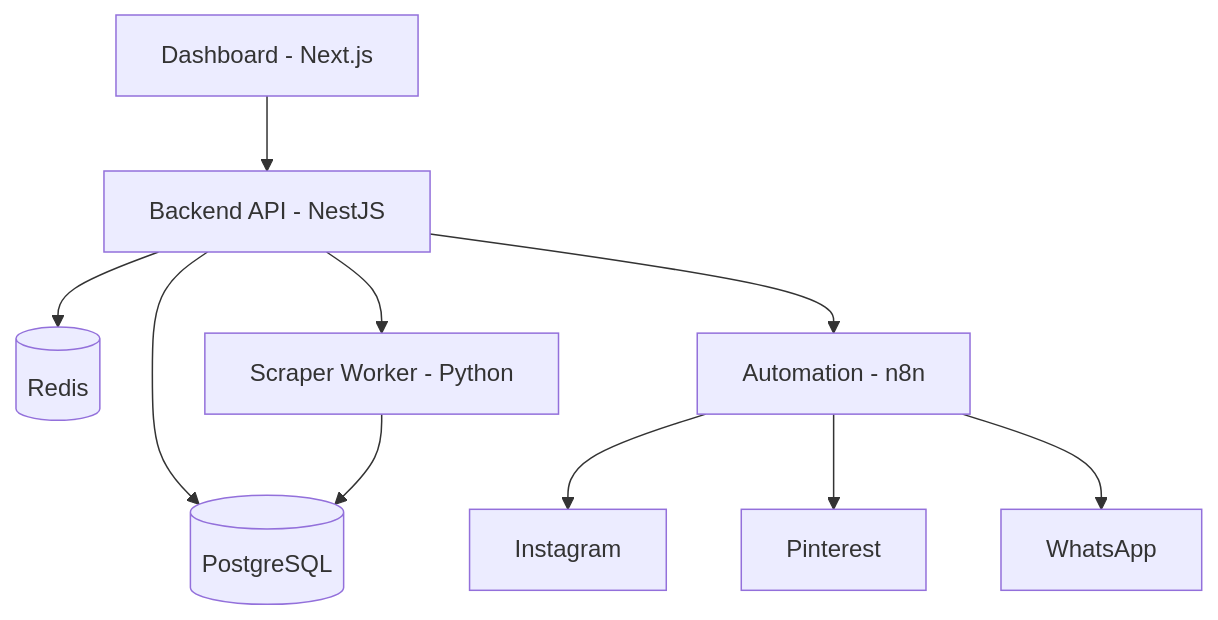
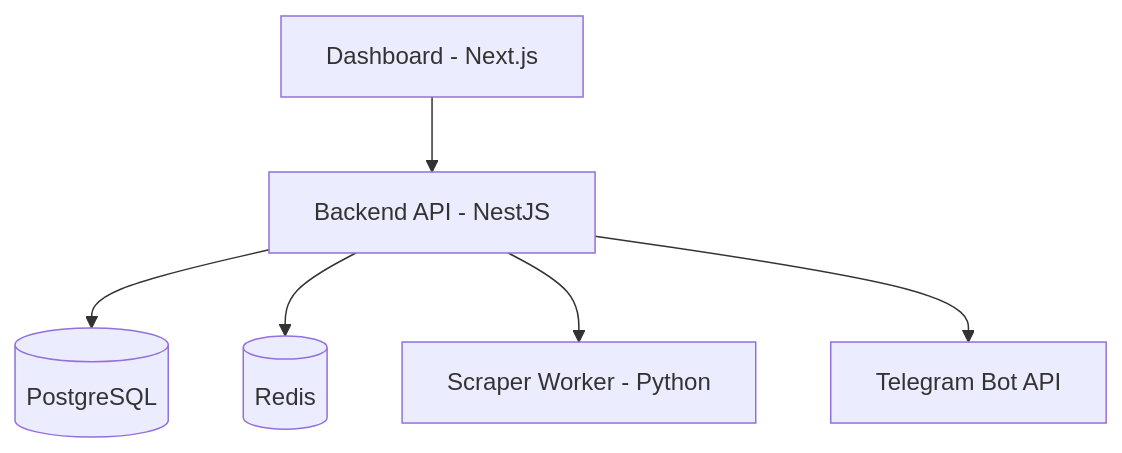
Before and after one commit to MauricioRFilho/auto-post: the diagram in README.md, drawn with Mermaid. The commit also changed other lines of this file and 55 other files, not shown here.

````diff
--- a/README.md
+++ b/README.md
@@ -25,12 +62,8 @@
 ```mermaid
 graph TD
     A[Dashboard - Next.js] --> B[Backend API - NestJS]
     B --> C[(PostgreSQL)]
     B --> D[(Redis)]
     B --> E[Scraper Worker - Python]
-    B --> F[Automation - n8n]
-    E --> C
-    F --> G[Instagram]
-    F --> H[Pinterest]
-    F --> I[WhatsApp]
+    B --> F[Telegram Bot API]
 ```
````
